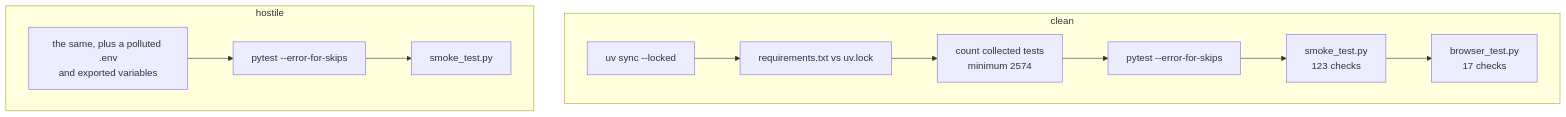
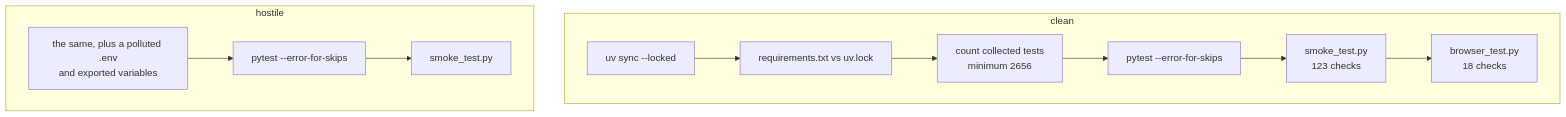
Before and after one commit to IAMN1/link-shortener: the diagram in docs/testing.md, drawn with Mermaid. The commit also changed other lines of this file and 67 other files, not shown here.

````diff
--- a/docs/testing.md
+++ b/docs/testing.md
@@ -248,12 +248,12 @@
 ```mermaid
 flowchart TD
     subgraph clean["clean"]
         C1[uv sync --locked] --> C2[requirements.txt vs uv.lock]
-        C2 --> C3[count collected tests<br/>minimum 2574] --> C4[pytest --error-for-skips]
-        C4 --> C5[smoke_test.py<br/>123 checks] --> C6[browser_test.py<br/>17 checks]
+        C2 --> C3[count collected tests<br/>minimum 2656] --> C4[pytest --error-for-skips]
+        C4 --> C5[smoke_test.py<br/>123 checks] --> C6[browser_test.py<br/>18 checks]
     end
     subgraph hostile["hostile"]
         H1[the same, plus a polluted .env<br/>and exported variables] --> H2[pytest --error-for-skips]
         H2 --> H3[smoke_test.py]
     end
 ```
````
